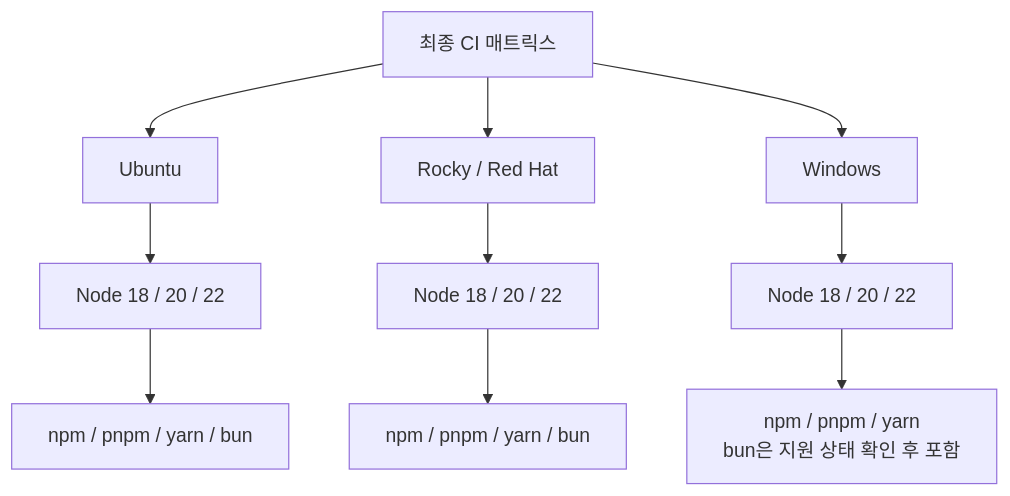
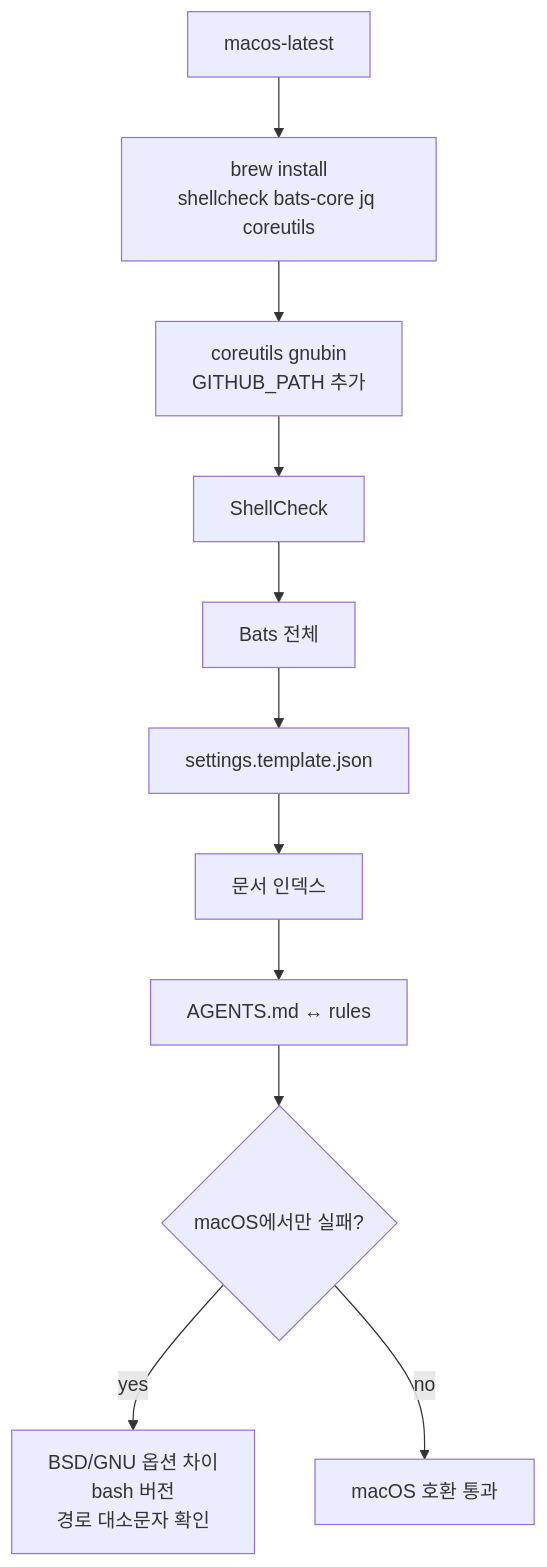
The eighth of 9 diagrams in docs/ci.md (jomarusoup/Arachne), drawn with Mermaid before and after one commit. The commit also changed other lines of this file and 4 other files, not shown here.

````diff
--- a/docs/ci.md
+++ b/docs/ci.md
@@ -283,12 +253,13 @@
 ```mermaid
 flowchart TB
-    M["최종 CI 매트릭스"] --> OS1["Ubuntu"]
-    M --> OS2["Rocky / Red Hat"]
-    M --> OS3["Windows"]
-    OS1 --> N1["Node 18 / 20 / 22"]
-    OS2 --> N2["Node 18 / 20 / 22"]
-    OS3 --> N3["Node 18 / 20 / 22"]
-    N1 --> P1["npm / pnpm / yarn / bun"]
-    N2 --> P2["npm / pnpm / yarn / bun"]
-    N3 --> P3["npm / pnpm / yarn<br/>bun은 지원 상태 확인 후 포함"]
+    A["macos-latest"] --> B["brew install<br/>shellcheck bats-core jq coreutils"]
+    B --> C["coreutils gnubin<br/>GITHUB_PATH 추가"]
+    C --> D["ShellCheck"]
+    D --> E["Bats 전체"]
+    E --> F["settings.template.json"]
+    F --> G["문서 인덱스"]
+    G --> H["AGENTS.md ↔ rules"]
+    H --> I{"macOS에서만 실패?"}
+    I -->|yes| J["BSD/GNU 옵션 차이<br/>bash 버전<br/>경로 대소문자 확인"]
+    I -->|no| K["macOS 호환 통과"]
 ```
````
